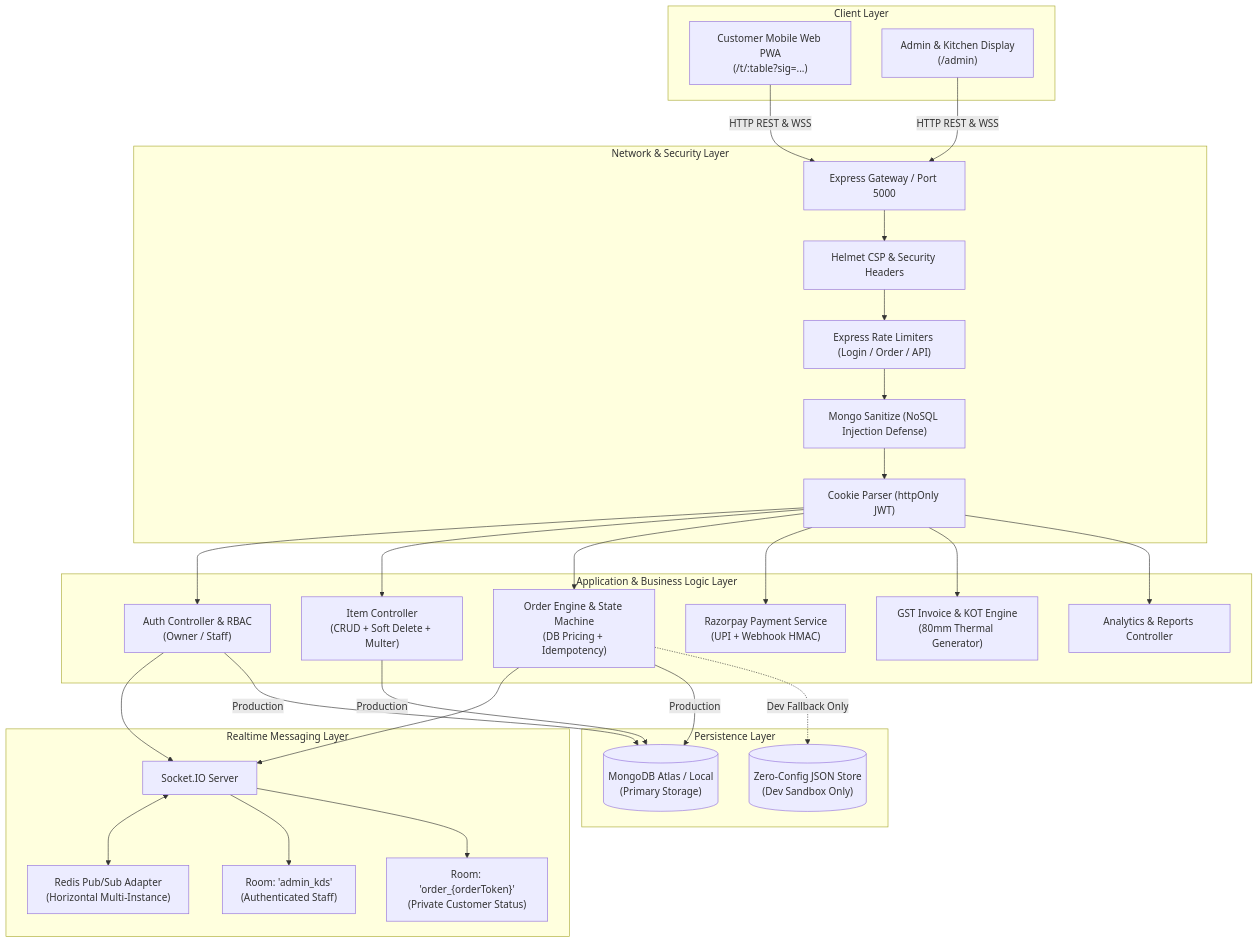
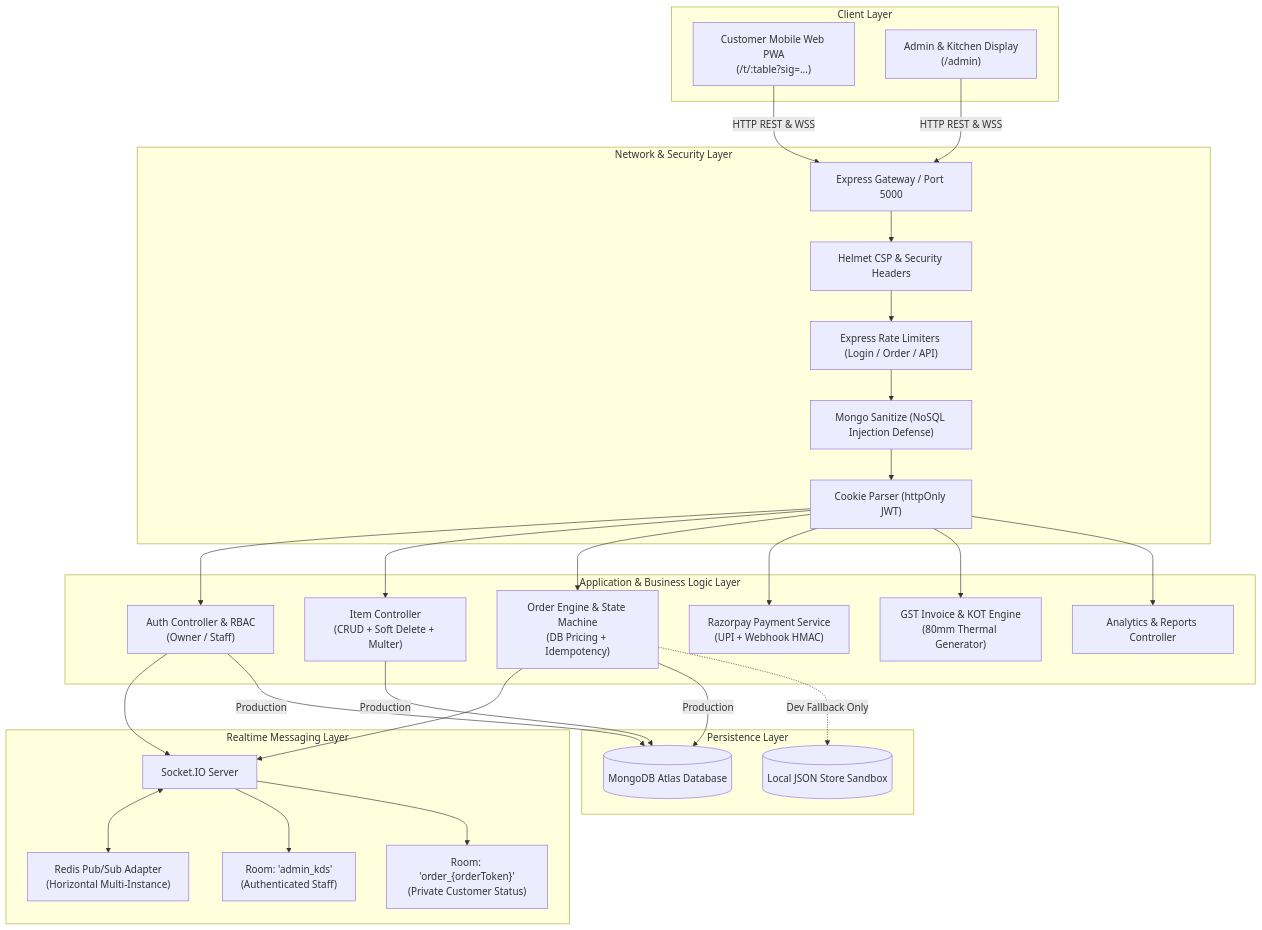
Before and after one commit to Anu7276/CAFE_MANAGEMENT_SYSTEM: the first of 6 diagrams in README.md, drawn with Mermaid. The commit also changed other lines of this file, not shown here.

Commit message:
docs(readme): sanitize mermaid sequence and flowchart syntax for github renderer

````diff
--- a/README.md
+++ b/README.md
@@ -41,59 +41,59 @@
 ```mermaid
 flowchart TD
     subgraph Clients ["Client Layer"]
         C1["Customer Mobile Web PWA<br/>(/t/:table?sig=...)"]
         C2["Admin & Kitchen Display<br/>(/admin)"]
     end
 
     subgraph Gateway ["Network & Security Layer"]
         GW["Express Gateway / Port 5000"]
         HL["Helmet CSP & Security Headers"]
         RL["Express Rate Limiters (Login / Order / API)"]
         MS["Mongo Sanitize (NoSQL Injection Defense)"]
         CP["Cookie Parser (httpOnly JWT)"]
     end
 
     subgraph Services ["Application & Business Logic Layer"]
         AUTH["Auth Controller & RBAC<br/>(Owner / Staff)"]
         ITEMS["Item Controller<br/>(CRUD + Soft Delete + Multer)"]
         ORDERS["Order Engine & State Machine<br/>(DB Pricing + Idempotency)"]
         PAY["Razorpay Payment Service<br/>(UPI + Webhook HMAC)"]
         INV["GST Invoice & KOT Engine<br/>(80mm Thermal Generator)"]
         REPORTS["Analytics & Reports Controller"]
     end
 
     subgraph Realtime ["Realtime Messaging Layer"]
         SIO["Socket.IO Server"]
         REDIS["Redis Pub/Sub Adapter<br/>(Horizontal Multi-Instance)"]
         ROOM1["Room: 'admin_kds'<br/>(Authenticated Staff)"]
         ROOM2["Room: 'order_{orderToken}'<br/>(Private Customer Status)"]
     end
 
     subgraph Storage ["Persistence Layer"]
-        MONGO[("MongoDB Atlas / Local<br/>(Primary Storage)")]
-        DEVSTORE[("Zero-Config JSON Store<br/>(Dev Sandbox Only)")]
+        MONGO[("MongoDB Atlas Database")]
+        DEVSTORE[("Local JSON Store Sandbox")]
     end
 
     C1 -->|"HTTP REST & WSS"| GW
     C2 -->|"HTTP REST & WSS"| GW
 
     GW --> HL --> RL --> MS --> CP
 
     CP --> AUTH
     CP --> ITEMS
     CP --> ORDERS
     CP --> PAY
     CP --> INV
     CP --> REPORTS
 
     ORDERS --> SIO
     AUTH --> SIO
     SIO <--> REDIS
     SIO --> ROOM1
     SIO --> ROOM2
 
     ORDERS -->|"Production"| MONGO
     AUTH -->|"Production"| MONGO
     ITEMS -->|"Production"| MONGO
     ORDERS -.->|"Dev Fallback Only"| DEVSTORE
 ```
````
